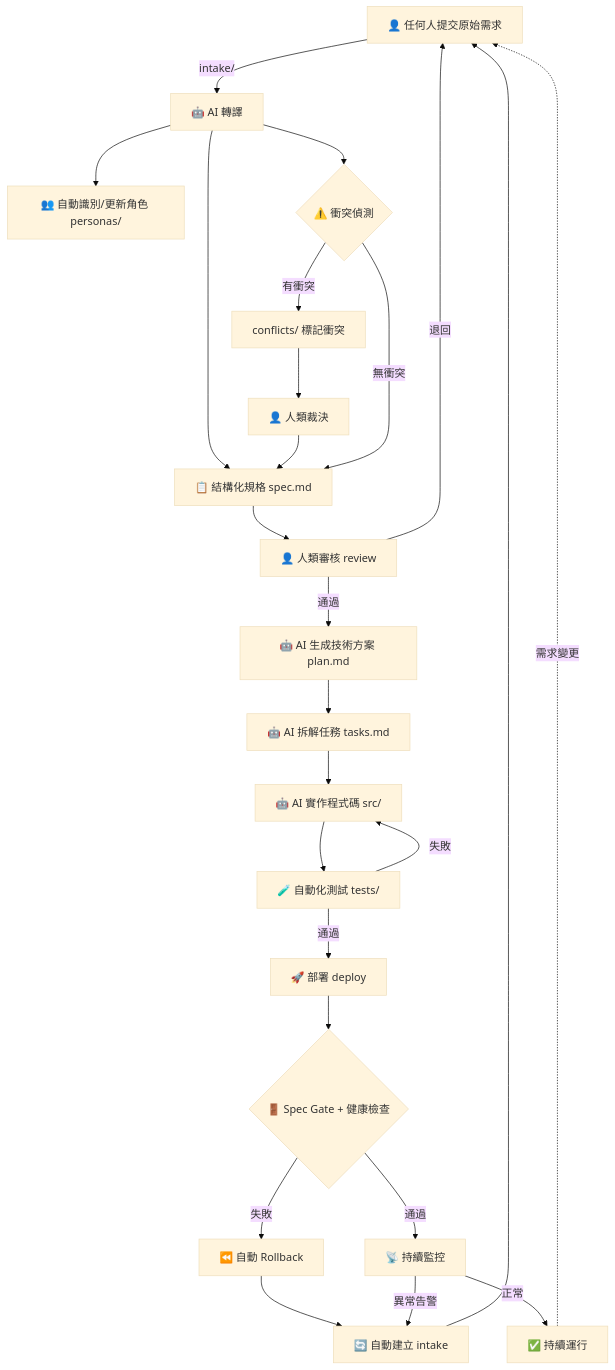
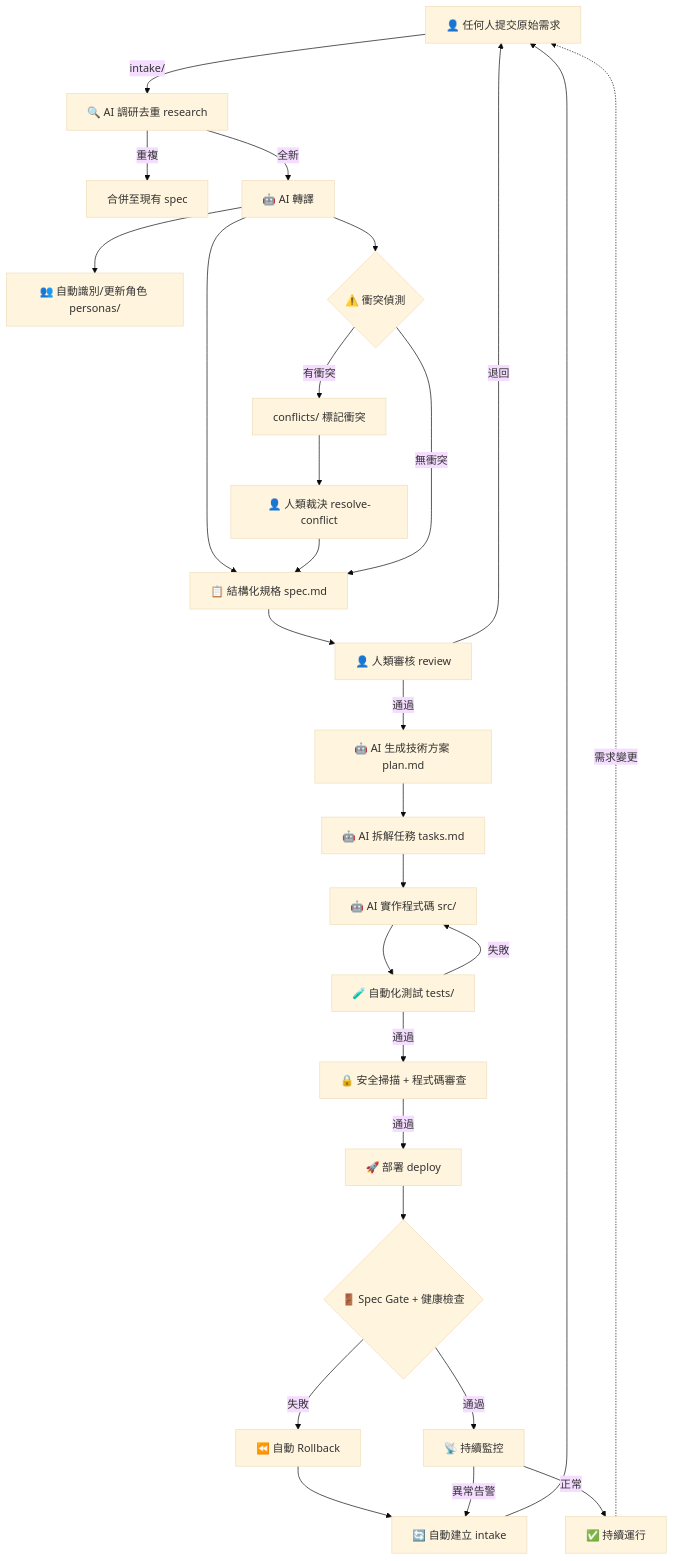
One commit to adamou0408/req changed the first of 3 diagrams in docs/workflow.md. Above: the diagram before and after it, drawn with Mermaid (base theme). The commit also changed other lines of this file and 10 other files, not shown here.

````diff
--- a/docs/workflow.md
+++ b/docs/workflow.md
@@ -5,27 +5,30 @@
 ```mermaid
 graph TD
-    A[👤 任何人提交原始需求] -->|intake/| B[🤖 AI 轉譯]
+    A[👤 任何人提交原始需求] -->|intake/| R0[🔍 AI 調研去重 research]
+    R0 -->|重複| A2[合併至現有 spec]
+    R0 -->|全新| B[🤖 AI 轉譯]
     B --> C[📋 結構化規格 spec.md]
     B --> D[👥 自動識別/更新角色 personas/]
     B --> E{⚠️ 衝突偵測}
     E -->|有衝突| F[conflicts/ 標記衝突]
-    F --> G[👤 人類裁決]
+    F --> G[👤 人類裁決 resolve-conflict]
     G --> C
     E -->|無衝突| C
     C --> H[👤 人類審核 review]
     H -->|退回| A
     H -->|通過| I[🤖 AI 生成技術方案 plan.md]
     I --> J[🤖 AI 拆解任務 tasks.md]
     J --> K[🤖 AI 實作程式碼 src/]
     K --> L[🧪 自動化測試 tests/]
     L -->|失敗| K
-    L -->|通過| M[🚀 部署 deploy]
+    L -->|通過| L2[🔒 安全掃描 + 程式碼審查]
+    L2 -->|通過| M[🚀 部署 deploy]
     M --> N{🚪 Spec Gate + 健康檢查}
     N -->|失敗| O[⏪ 自動 Rollback]
     O --> P[🔄 自動建立 intake]
     P --> A
     N -->|通過| Q[📡 持續監控]
     Q -->|異常告警| P
     Q -->|正常| R[✅ 持續運行]
     R -.->|需求變更| A
 ```
````
